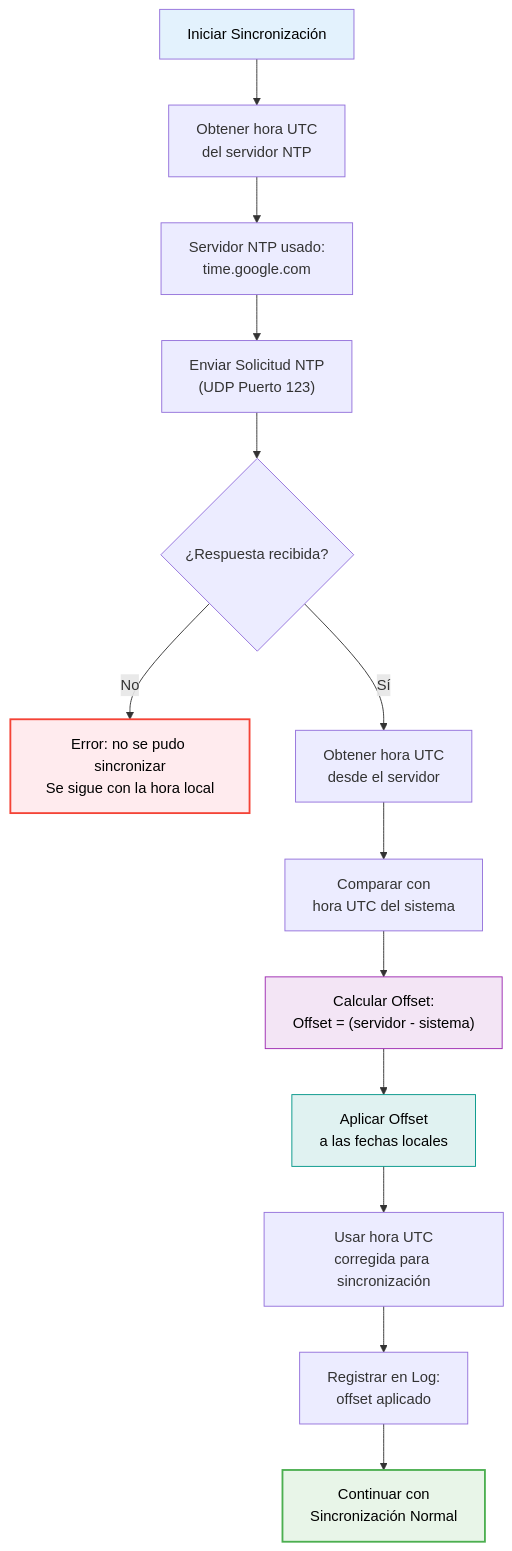
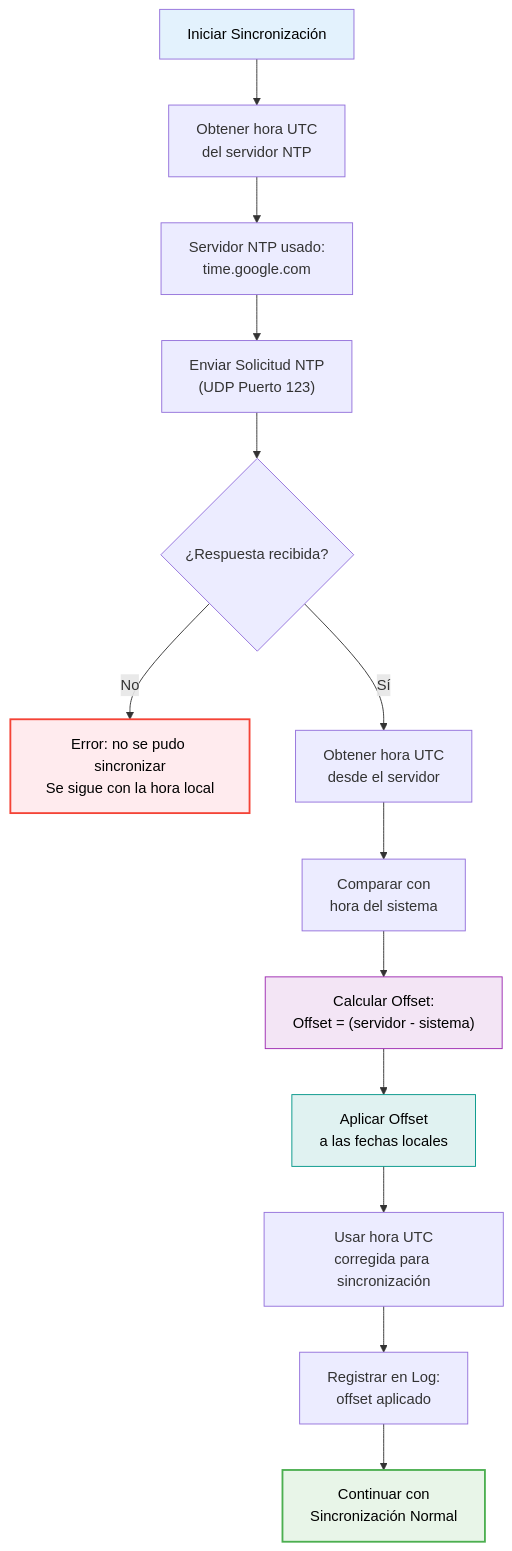
The diagram in docs/Aplicación escritorio - Sincronización Horaria NTP.md (g4vr3/passworld), drawn with Mermaid before and after one commit.

Commit message:
Update Aplicación escritorio - Sincronización Horaria NTP.md

````diff
--- a/docs/Aplicación escritorio - Sincronización Horaria NTP.md
+++ b/docs/Aplicación escritorio - Sincronización Horaria NTP.md
@@ -11,23 +11,23 @@
 ```mermaid
 flowchart TD
     A["Iniciar Sincronización"] --> B["Obtener hora UTC<br/>del servidor NTP"]
     B --> C["Servidor NTP usado:<br/>time.google.com"]
     C --> D["Enviar Solicitud NTP<br/>(UDP Puerto 123)"]
     D --> E{"¿Respuesta recibida?"}
     
     E -- No --> F["Error: no se pudo sincronizar<br/>Se sigue con la hora local"]
     E -- Sí --> G["Obtener hora UTC<br/>desde el servidor"]
-    G --> H["Comparar con<br/>hora UTC del sistema"]
+    G --> H["Comparar con<br/>hora del sistema"]
     H --> I["Calcular Offset:<br/>Offset = (servidor - sistema)"]
     I --> J["Aplicar Offset<br/>a las fechas locales"]
     J --> K["Usar hora UTC<br/>corregida para sincronización"]
     K --> L["Registrar en Log:<br/>offset aplicado"]
     L --> M["Continuar con<br/>Sincronización Normal"]
 
     %% Estilos
     style A fill:#E3F2FD, color: #000000
     style F fill:#FFEBEE, color: #000000, stroke:#F44336, stroke-width:2px
     style M fill:#E8F5E8, color: #000000, stroke:#4CAF50, stroke-width:2px
     style I fill:#F3E5F5, color: #000000, stroke:#9C27B0, stroke-width:1px
     style J fill:#E0F2F1, color: #000000, stroke:#009688, stroke-width:1px
 ```
````
